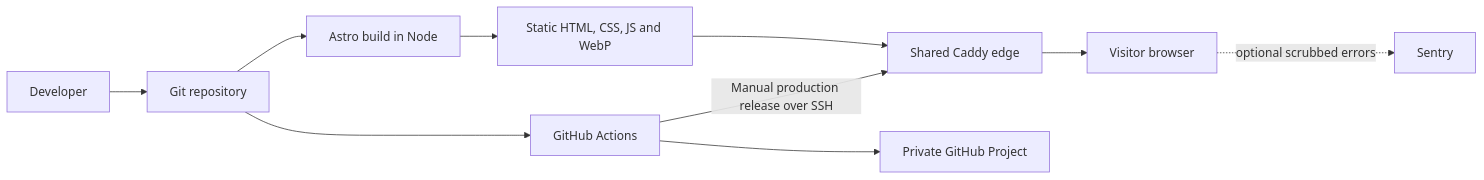
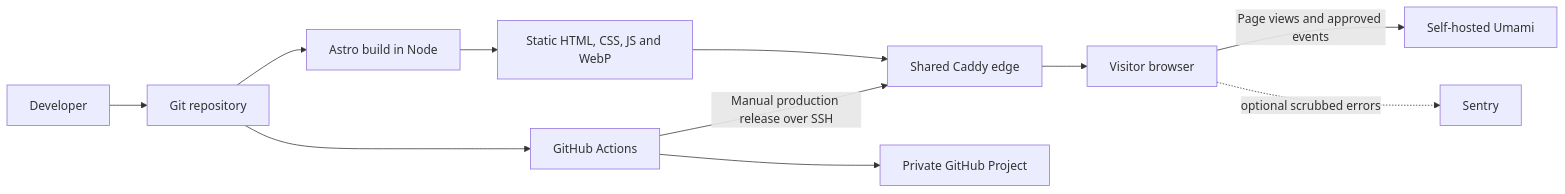
One commit to povedica/mi-cv changed the first of 4 diagrams in docs/ARCHITECTURE.md. Above: the diagram before and after it, drawn with Mermaid. The commit also changed other lines of this file and 18 other files, not shown here.

First line of the commit message:
Connect the portfolio to self-hosted Umami (#20)

````diff
--- a/docs/ARCHITECTURE.md
+++ b/docs/ARCHITECTURE.md
@@ -7,12 +7,13 @@
 ```mermaid
 flowchart LR
   Developer --> Git[Git repository]
   Git --> Build[Astro build in Node]
   Build --> Files[Static HTML, CSS, JS and WebP]
   Files --> Host[Shared Caddy edge]
   Host --> Browser[Visitor browser]
+  Browser -->|Page views and approved events| Umami[Self-hosted Umami]
   Browser -. optional scrubbed errors .-> Sentry
   Git --> CI[GitHub Actions]
   CI -->|Manual production release over SSH| Host
   CI --> Projects[Private GitHub Project]
 ```
````
